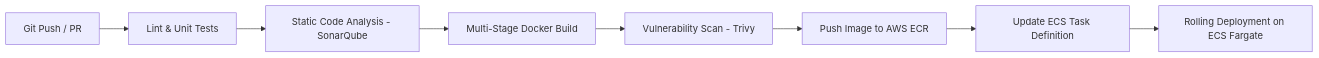
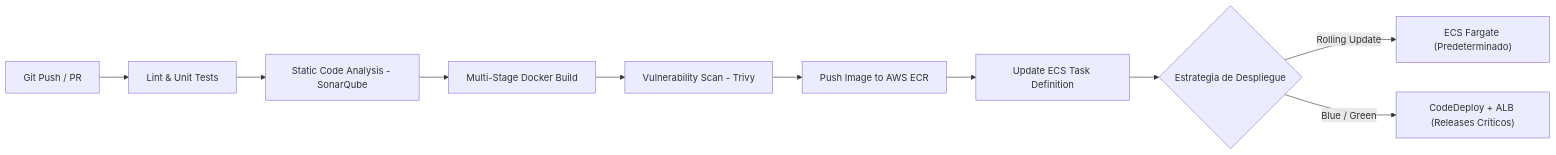
One commit to soniaGarcia/orderinvent-platform changed the fifth of 5 diagrams in architecture.md. Above: the diagram before and after it, drawn with Mermaid. The commit also changed other lines of this file, not shown here.

````diff
--- a/architecture.md
+++ b/architecture.md
@@ -240,10 +240,12 @@
 ```mermaid
 graph LR
     A["Git Push / PR"] --> B["Lint & Unit Tests"]
     B --> C["Static Code Analysis - SonarQube"]
     C --> D["Multi-Stage Docker Build"]
     D --> E["Vulnerability Scan - Trivy"]
     E --> F["Push Image to AWS ECR"]
     F --> G["Update ECS Task Definition"]
-    G --> H["Rolling Deployment on ECS Fargate"]
+    G --> H{"Estrategia de Despliegue"}
+    H -->|"Rolling Update"| I["ECS Fargate (Predeterminado)"]
+    H -->|"Blue / Green"| J["CodeDeploy + ALB (Releases Críticos)"]
 ```
````
